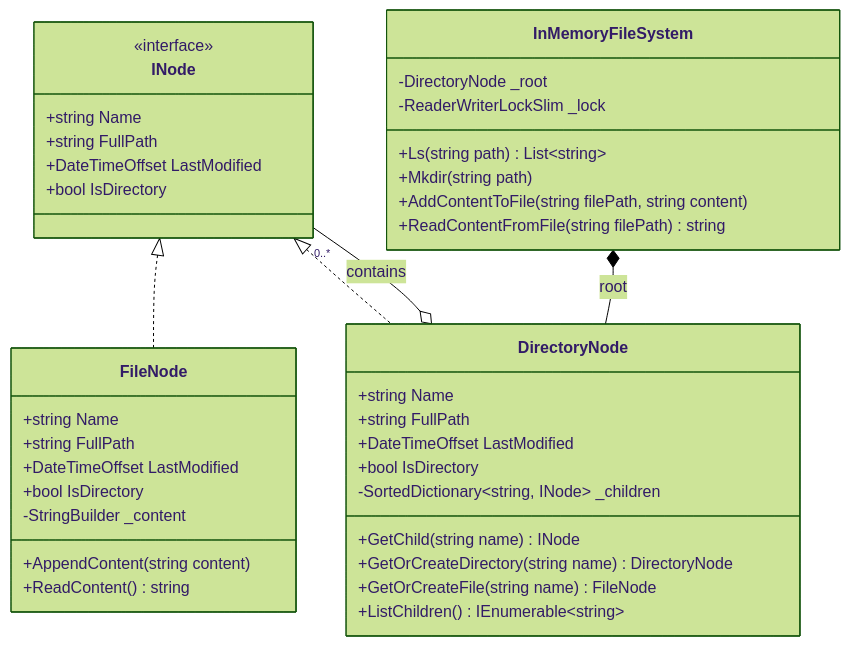
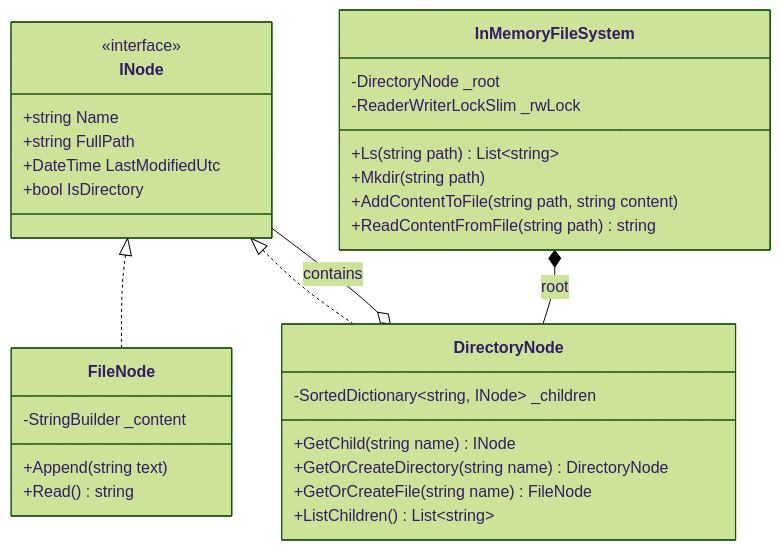
One commit to dip4k/DSA_102 changed the second of 2 diagrams in LLD/02_Tier2_Classic_LLD/17_In_Memory_File_System.md. Above: the diagram before and after it, drawn with Mermaid (forest theme). The commit also changed other lines of this file and 50 other files, not shown here.

````diff
--- a/LLD/02_Tier2_Classic_LLD/17_In_Memory_File_System.md
+++ b/LLD/02_Tier2_Classic_LLD/17_In_Memory_File_System.md
@@ -15,46 +69,40 @@
 ```mermaid
 classDiagram
+    direction TB
+
     class INode {
         <<interface>>
         +string Name
         +string FullPath
-        +DateTimeOffset LastModified
+        +DateTime LastModifiedUtc
         +bool IsDirectory
     }
 
     class FileNode {
-        +string Name
-        +string FullPath
-        +DateTimeOffset LastModified
-        +bool IsDirectory
         -StringBuilder _content
-        +AppendContent(string content)
-        +ReadContent() string
+        +Append(string text)
+        +Read() string
     }
 
     class DirectoryNode {
-        +string Name
-        +string FullPath
-        +DateTimeOffset LastModified
-        +bool IsDirectory
         -SortedDictionary~string, INode~ _children
         +GetChild(string name) INode
         +GetOrCreateDirectory(string name) DirectoryNode
         +GetOrCreateFile(string name) FileNode
-        +ListChildren() IEnumerable~string~
+        +ListChildren() List~string~
     }
 
     class InMemoryFileSystem {
         -DirectoryNode _root
-        -ReaderWriterLockSlim _lock
+        -ReaderWriterLockSlim _rwLock
         +Ls(string path) List~string~
         +Mkdir(string path)
-        +AddContentToFile(string filePath, string content)
-        +ReadContentFromFile(string filePath) string
+        +AddContentToFile(string path, string content)
+        +ReadContentFromFile(string path) string
     }
 
     INode <|.. FileNode
     INode <|.. DirectoryNode
-    DirectoryNode o-- "0..*" INode : contains
+    DirectoryNode o-- INode : contains
     InMemoryFileSystem *-- DirectoryNode : root
 ```
````
